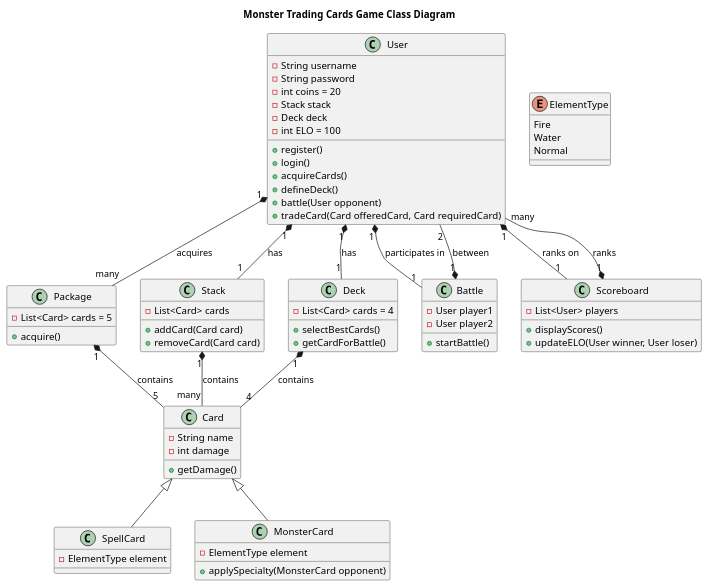
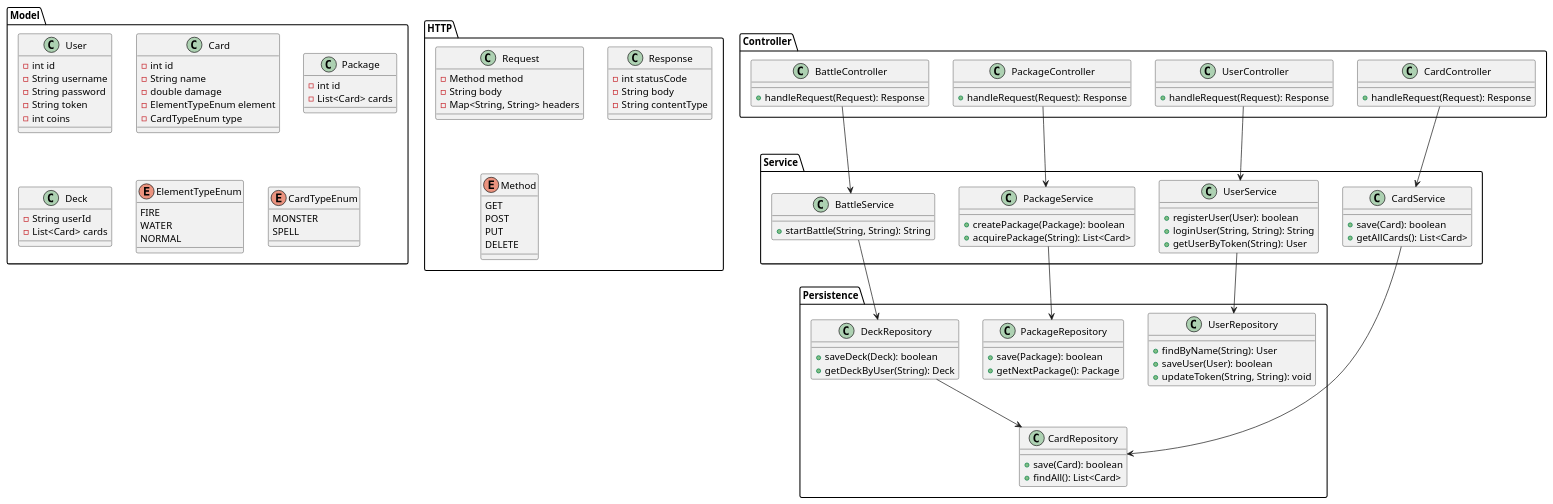
Before and after one commit to bsnyr03/MonsterTradingCardsGame: the diagram in MonsterTradingCardsGame_Klassendiagramm.puml, drawn with PlantUML. The commit also changed 2 other files, not shown here.

Commit message:
now the save(Card card) method in CardRepositoryImpl is working correctly

```diff
--- a/MonsterTradingCardsGame_Klassendiagramm.puml
+++ b/MonsterTradingCardsGame_Klassendiagramm.puml
@@ -1,86 +1,137 @@
 @startuml
-'https://plantuml.com/sequence-diagram
 
+package "Model" {
+    class User {
+        - int id
+        - String username
+        - String password
+        - String token
+        - int coins
+    }
 
-title Monster Trading Cards Game Class Diagram
+    class Card {
+        - int id
+        - String name
+        - double damage
+        - ElementTypeEnum element
+        - CardTypeEnum type
+    }
 
-' Define main classes
-class User {
-  - String username
-  - String password
-  - int coins = 20
-  - Stack stack
-  - Deck deck
-  - int ELO = 100
-  + register()
-  + login()
-  + acquireCards()
-  + defineDeck()
-  + battle(User opponent)
-  + tradeCard(Card offeredCard, Card requiredCard)
+    class Package {
+        - int id
+        - List<Card> cards
+    }
+
+    class Deck {
+        - String userId
+        - List<Card> cards
+    }
+
+    enum ElementTypeEnum {
+        FIRE
+        WATER
+        NORMAL
+    }
+
+    enum CardTypeEnum {
+        MONSTER
+        SPELL
+    }
 }
 
-class Card {
-  - String name
-  - int damage
-  + getDamage()
+package "Controller" {
+    class UserController {
+        + handleRequest(Request): Response
+    }
+
+    class CardController {
+        + handleRequest(Request): Response
+    }
+
+    class PackageController {
+        + handleRequest(Request): Response
+    }
+
+    class BattleController {
+        + handleRequest(Request): Response
+    }
 }
 
-class SpellCard extends Card {
-  - ElementType element
+package "Service" {
+    class UserService {
+        + registerUser(User): boolean
+        + loginUser(String, String): String
+        + getUserByToken(String): User
+    }
+
+    class CardService {
+        + save(Card): boolean
+        + getAllCards(): List<Card>
+    }
+
+    class PackageService {
+        + createPackage(Package): boolean
+        + acquirePackage(String): List<Card>
+    }
+
+    class BattleService {
+        + startBattle(String, String): String
+    }
 }
 
-class MonsterCard extends Card {
-  - ElementType element
-  + applySpecialty(MonsterCard opponent)
+package "Persistence" {
+    class UserRepository {
+        + findByName(String): User
+        + saveUser(User): boolean
+        + updateToken(String, String): void
+    }
+
+    class CardRepository {
+        + save(Card): boolean
+        + findAll(): List<Card>
+    }
+
+    class PackageRepository {
+        + save(Package): boolean
+        + getNextPackage(): Package
+    }
+
+    class DeckRepository {
+        + saveDeck(Deck): boolean
+        + getDeckByUser(String): Deck
+    }
 }
 
-enum ElementType {
-  Fire
-  Water
-  Normal
+package "HTTP" {
+    class Request {
+        - Method method
+        - String body
+        - Map<String, String> headers
+    }
+
+    class Response {
+        - int statusCode
+        - String body
+        - String contentType
+    }
+
+    enum Method {
+        GET
+        POST
+        PUT
+        DELETE
+    }
 }
 
-class Package {
-  - List<Card> cards = 5
-  + acquire()
-}
+UserController --> UserService
+CardController --> CardService
+PackageController --> PackageService
+BattleController --> BattleService
 
-class Stack {
-  - List<Card> cards
-  + addCard(Card card)
-  + removeCard(Card card)
-}
-
-class Deck {
-  - List<Card> cards = 4
-  + selectBestCards()
-  + getCardForBattle()
-}
-
-class Battle {
-  - User player1
-  - User player2
-  + startBattle()
-}
-
-class Scoreboard {
-  - List<User> players
-  + displayScores()
-  + updateELO(User winner, User loser)
-}
-
-' Define relationships
-User "1" *-- "1" Stack : has
-User "1" *-- "1" Deck : has
-User "1" *-- "1" Scoreboard : ranks on
-User "1" *-- "many" Package : acquires
-User "1" *-- "1" Battle : participates in
-
-Package "1" *-- "5" Card : contains
-Stack "1" *-- "many" Card : contains
-Deck "1" *-- "4" Card : contains
-Battle "1" *-- "2" User : between
-Scoreboard "1" *-- "many" User : ranks
+UserService --> UserRepository
+CardService --> CardRepository
+PackageService --> PackageRepository
+BattleService --> DeckRepository
+DeckRepository --> CardRepository
 
 @enduml
```
